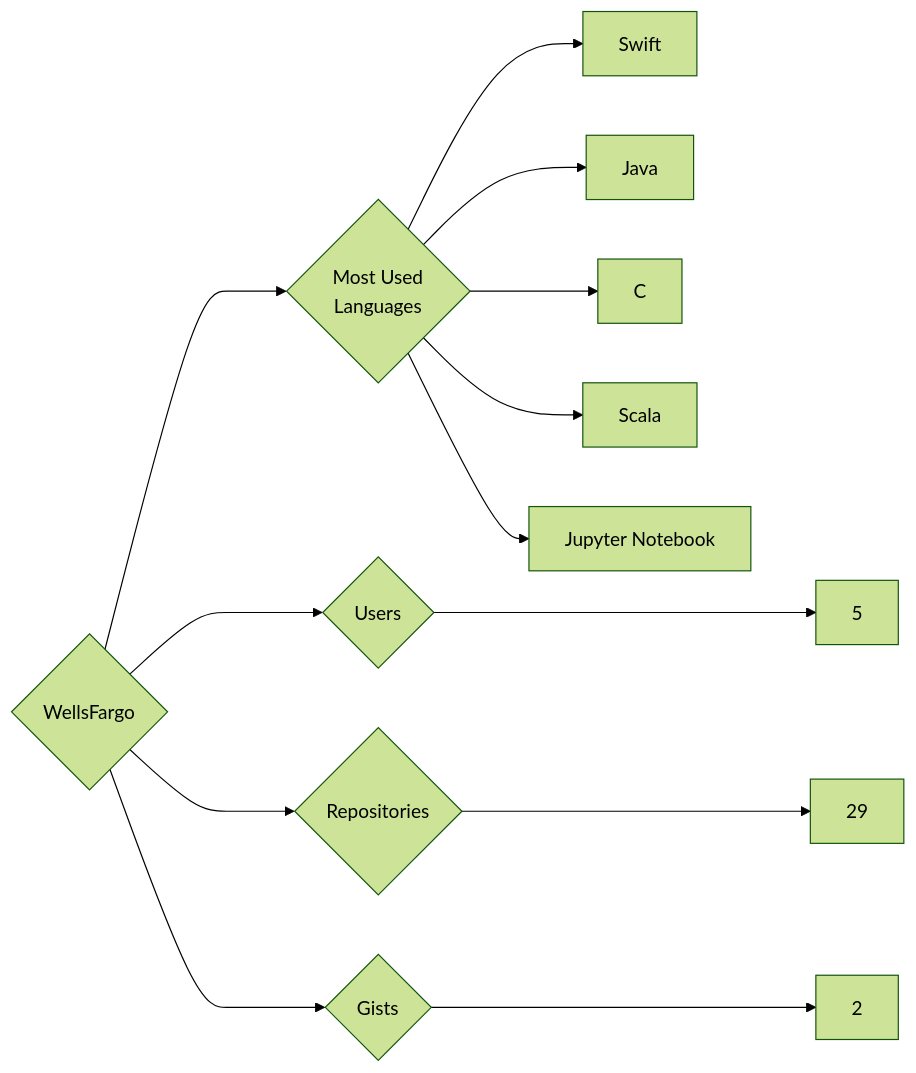
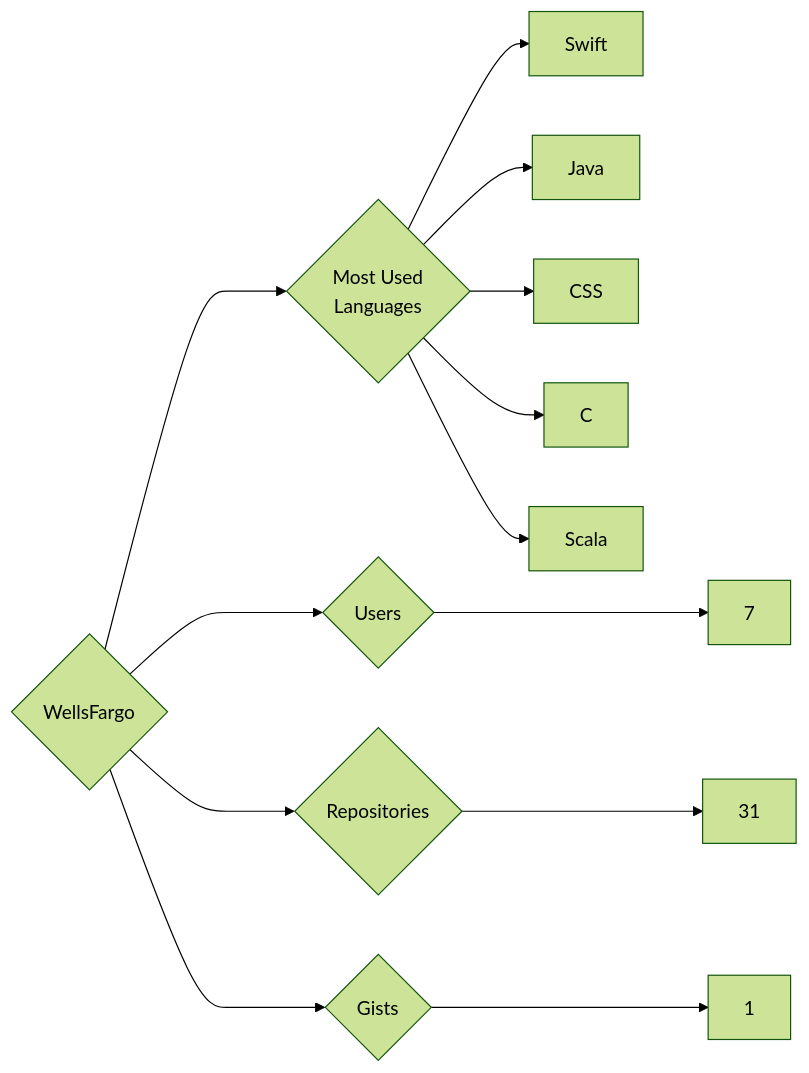
Before and after one commit to trickest/insiders: the diagram in targets/WellsFargo/README.md, drawn with Mermaid (forest theme). The commit also changed 1484 other files, not shown here.

````diff
--- a/targets/WellsFargo/README.md
+++ b/targets/WellsFargo/README.md
@@ -3,13 +3,13 @@
 ```mermaid
 graph LR
 COMPANY_NAME{WellsFargo}
-COMPANY_NAME ---> U{Users} ---> UN[5]
-COMPANY_NAME ---> R{Repositories} ---> RN[29]
-COMPANY_NAME ---> G{Gists} ---> GN[2]
+COMPANY_NAME ---> U{Users} ---> UN[7]
+COMPANY_NAME ---> R{Repositories} ---> RN[31]
+COMPANY_NAME ---> G{Gists} ---> GN[1]
 COMPANY_NAME ---> ML{Most Used<br>Languages}
 ML --> Swift[Swift]
 ML --> Java[Java]
+ML --> CSS[CSS]
 ML --> C[C]
 ML --> Scala[Scala]
-ML --> Jupyter_Notebook[Jupyter Notebook]
 ```
````
